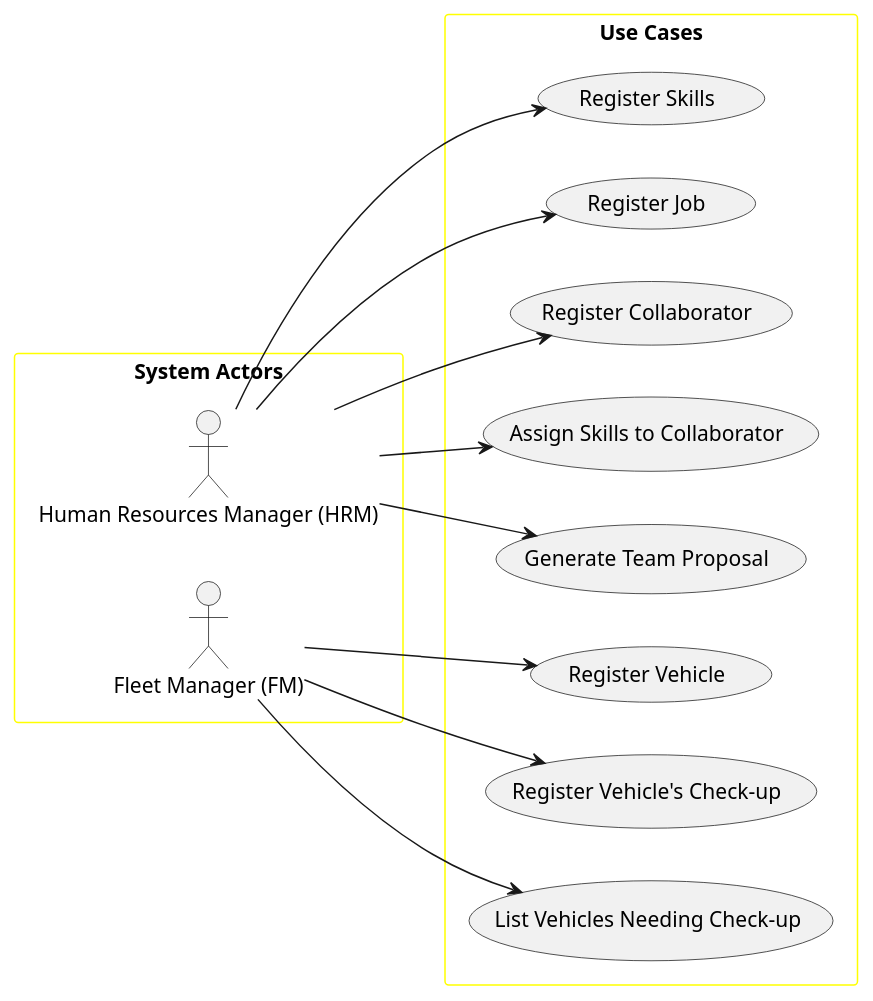
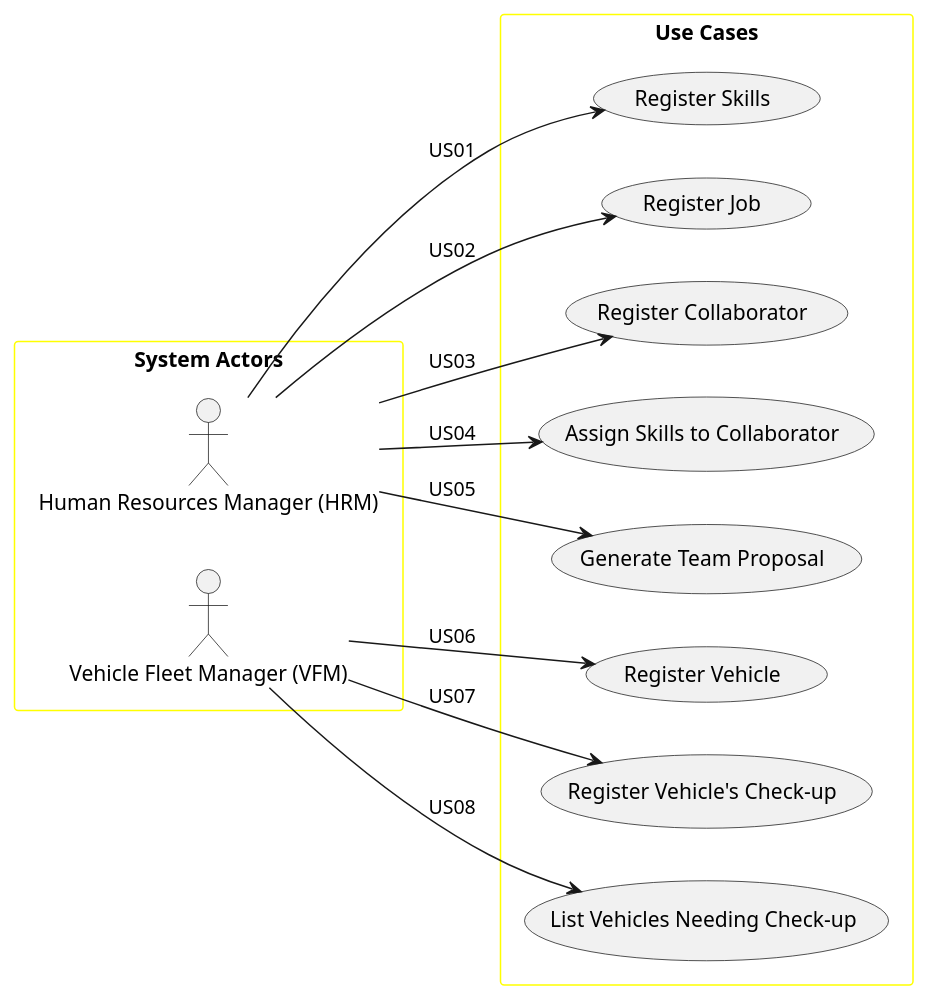
Before and after one commit to Departamento-de-Engenharia-Informatica/greenspace-management: the diagram in docs/sprintA/global-artifacts/01.requirements-engineering/puml/use-case-diagram.puml, drawn with PlantUML. The commit also changed 2 other files, not shown here.

Commit message:
UC Diagram corrigido

```diff
--- a/docs/sprintA/global-artifacts/01.requirements-engineering/puml/use-case-diagram.puml
+++ b/docs/sprintA/global-artifacts/01.requirements-engineering/puml/use-case-diagram.puml
@@ -1,39 +1,40 @@
 @startuml
 'skinparam monochrome true
 skinparam packageStyle rectangle
 'skinparam shadowing false
 
 skinparam rectangle{
     BorderColor yellow
 }
 
 left to right direction
 
 rectangle "System Actors" as actors {
     actor HRM as "Human Resources Manager (HRM)"
-    actor FM as "Fleet Manager (FM)"
+    actor VFM as "Vehicle Fleet Manager (VFM)"
 
 }
 
 rectangle "Use Cases" as usecases{
     usecase US01 as "Register Skills"
     usecase US02 as "Register Job"
     usecase US03 as "Register Collaborator"
     usecase US04 as "Assign Skills to Collaborator"
     usecase US05 as "Generate Team Proposal"
     usecase US06 as "Register Vehicle"
     usecase US07 as "Register Vehicle's Check-up"
     usecase US08 as "List Vehicles Needing Check-up"
 }
 
-HRM --> US01
-HRM --> US02
-HRM --> US03
-HRM --> US04
-HRM --> US05
 
-FM --> US06
-FM --> US07
-FM --> US08
+HRM --> US01 : US01
+HRM --> US02 : US02
+HRM --> US03 : US03
+HRM --> US04 : US04
+HRM --> US05 : US05
+
+VFM --> US06 : US06
+VFM --> US07 : US07
+VFM --> US08 : US08
 
 @enduml
```
